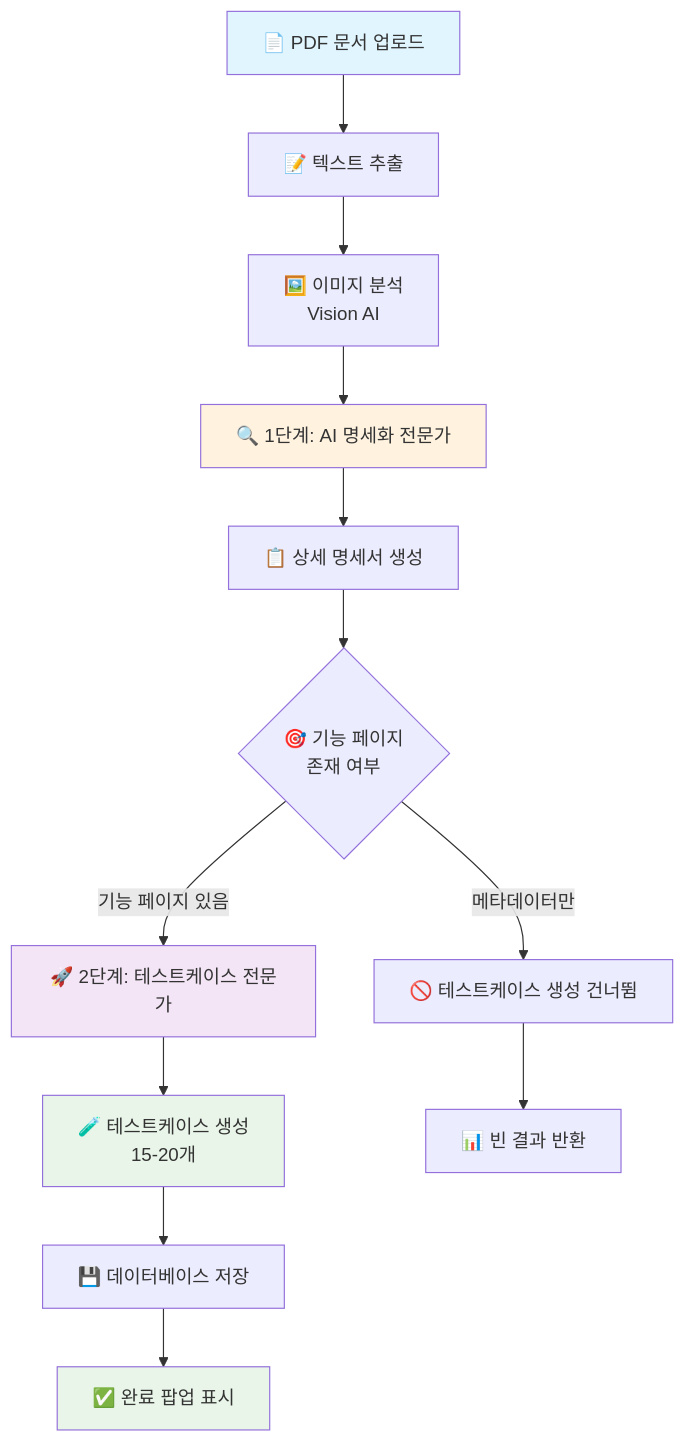
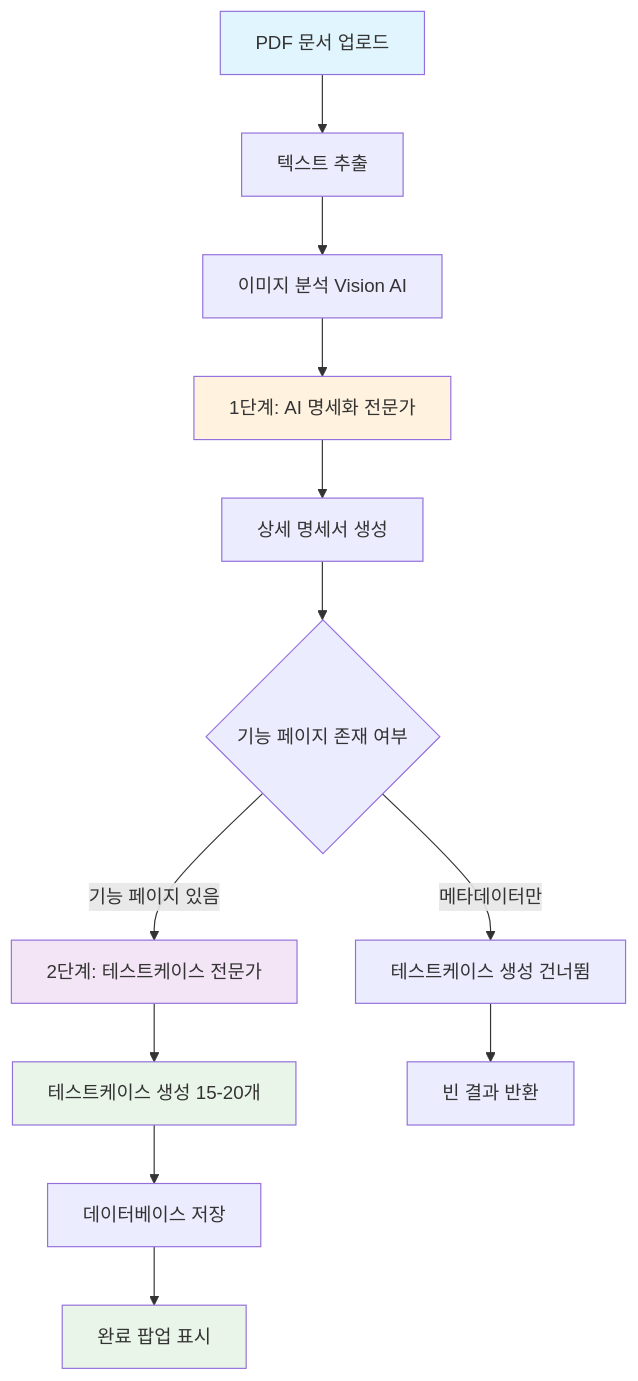
Before and after one commit to DONGWOO79/qa-test-manager: the second of 9 diagrams in README.md, drawn with Mermaid. The commit also changed other lines of this file, not shown here.

First line of the commit message:
fix: Fix Mermaid diagram parsing errors in README

````diff
--- a/README.md
+++ b/README.md
@@ -527,24 +527,24 @@
 ```mermaid
 graph TD
-    A[📄 PDF 문서 업로드] --> B[📝 텍스트 추출]
-    B --> C[🖼️ 이미지 분석<br/>Vision AI]
-    C --> D[🔍 1단계: AI 명세화 전문가]
+    A[PDF 문서 업로드] --> B[텍스트 추출]
+    B --> C[이미지 분석 Vision AI]
+    C --> D[1단계: AI 명세화 전문가]
     
-    D --> E[📋 상세 명세서 생성]
-    E --> F{🎯 기능 페이지<br/>존재 여부}
+    D --> E[상세 명세서 생성]
+    E --> F{기능 페이지 존재 여부}
     
-    F -->|메타데이터만| G[🚫 테스트케이스 생성 건너뜀]
-    F -->|기능 페이지 있음| H[🚀 2단계: 테스트케이스 전문가]
+    F -->|메타데이터만| G[테스트케이스 생성 건너뜀]
+    F -->|기능 페이지 있음| H[2단계: 테스트케이스 전문가]
     
-    H --> I[🧪 테스트케이스 생성<br/>15-20개]
-    I --> J[💾 데이터베이스 저장]
-    J --> K[✅ 완료 팝업 표시]
+    H --> I[테스트케이스 생성 15-20개]
+    I --> J[데이터베이스 저장]
+    J --> K[완료 팝업 표시]
     
-    G --> L[📊 빈 결과 반환]
+    G --> L[빈 결과 반환]
     
     style A fill:#e1f5fe
     style D fill:#fff3e0
     style H fill:#f3e5f5
     style I fill:#e8f5e8
     style K fill:#e8f5e8
 ```
````
